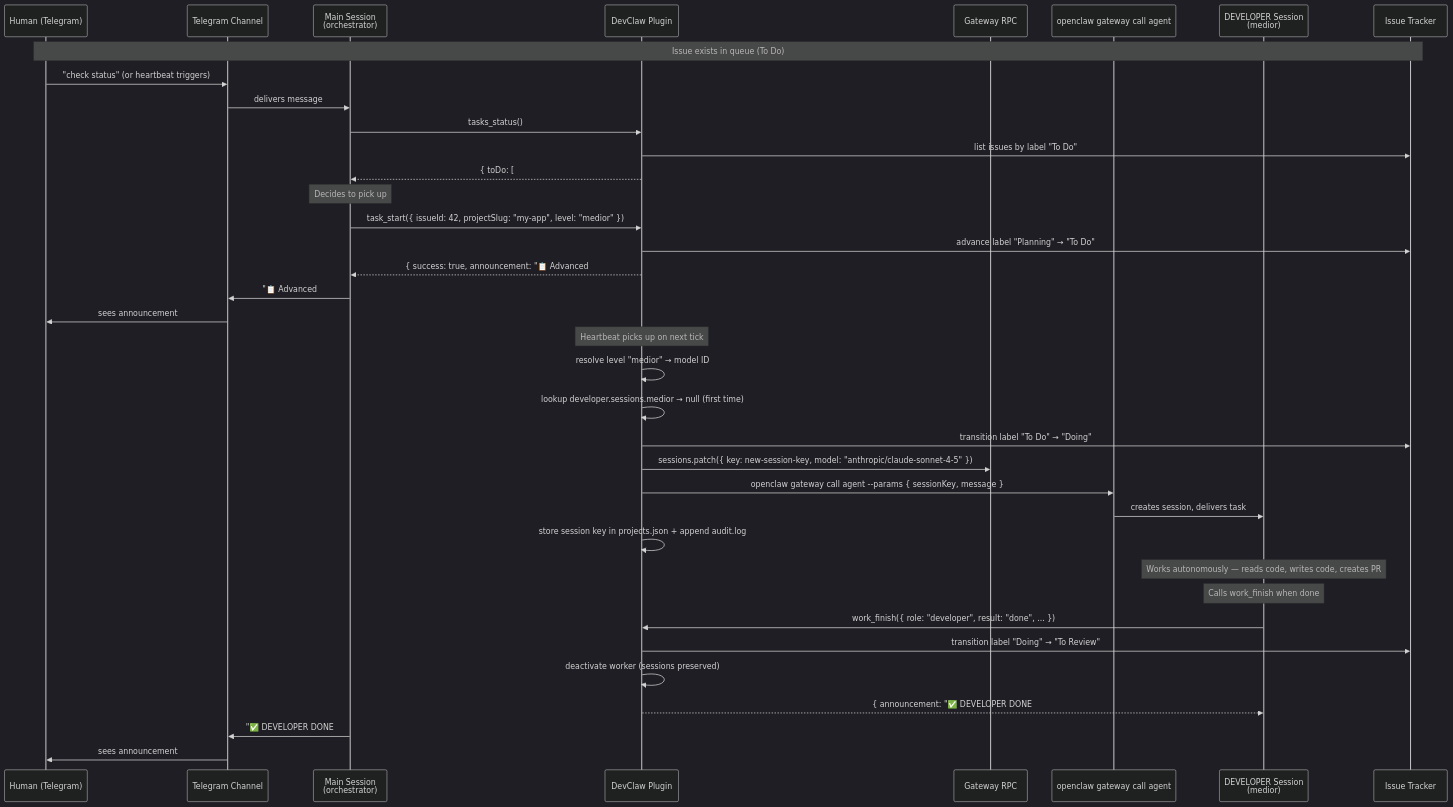
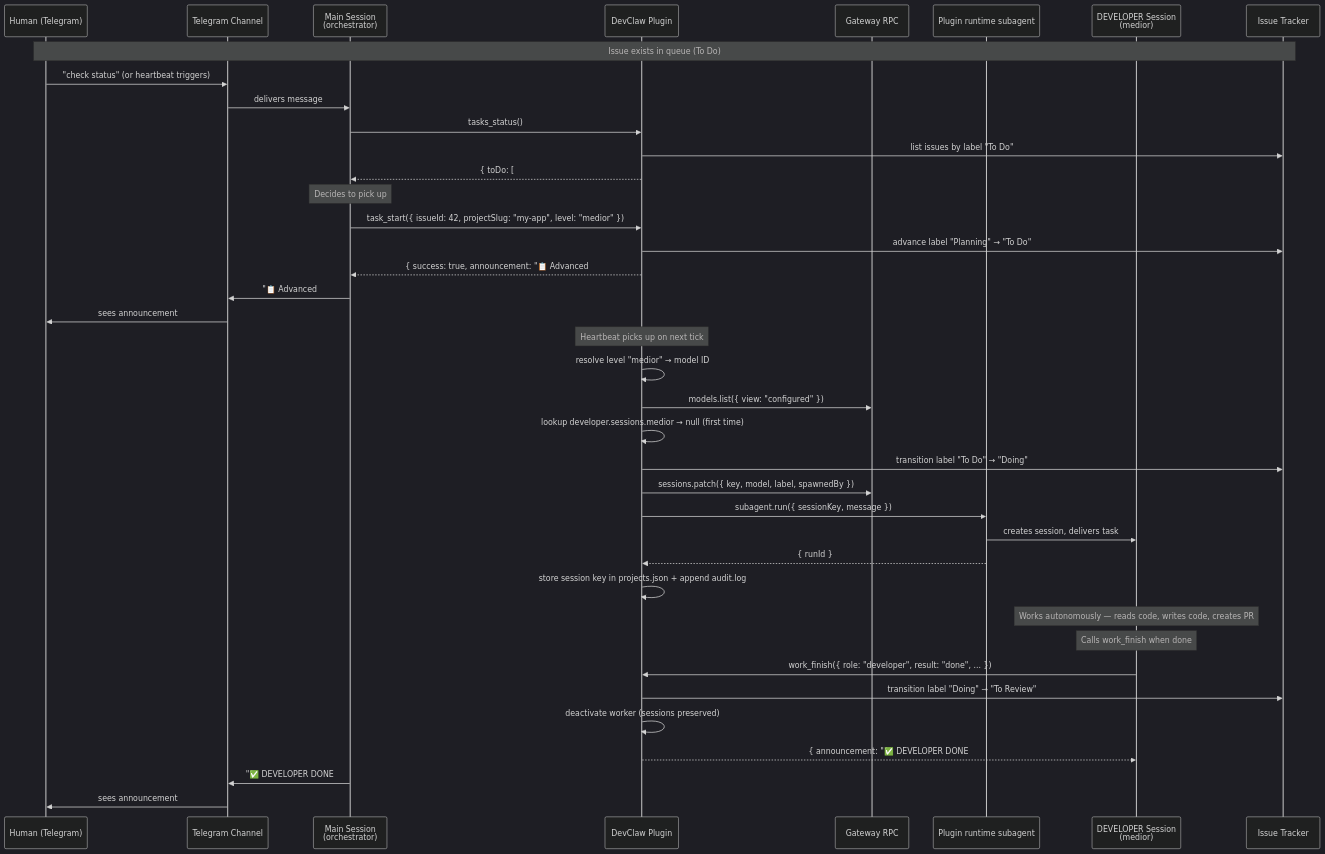
The fourth of 13 diagrams in docs/ARCHITECTURE.md (yaqub0r/devclaw), drawn with Mermaid (dark theme) before and after one commit. The commit also changed other lines of this file and 11 other files, not shown here.

````diff
--- a/docs/ARCHITECTURE.md
+++ b/docs/ARCHITECTURE.md
@@ -228,48 +227,50 @@
 ```mermaid
 sequenceDiagram
     participant H as Human (Telegram)
     participant TG as Telegram Channel
     participant MS as Main Session<br/>(orchestrator)
     participant DC as DevClaw Plugin
     participant GW as Gateway RPC
-    participant CLI as openclaw gateway call agent
+    participant SUB as Plugin runtime subagent
     participant DEV as DEVELOPER Session<br/>(medior)
     participant GL as Issue Tracker
 
     Note over H,GL: Issue exists in queue (To Do)
 
     H->>TG: "check status" (or heartbeat triggers)
     TG->>MS: delivers message
     MS->>DC: tasks_status()
     DC->>GL: list issues by label "To Do"
     DC-->>MS: { toDo: [#42], developer: idle }
 
     Note over MS: Decides to pick up #42 for DEVELOPER as medior
 
     MS->>DC: task_start({ issueId: 42, projectSlug: "my-app", level: "medior" })
     DC->>GL: advance label "Planning" → "To Do"
     DC-->>MS: { success: true, announcement: "📋 Advanced #42 to queue" }
 
     MS->>TG: "📋 Advanced #42 to queue (medior)"
     TG->>H: sees announcement
 
     Note over DC: Heartbeat picks up on next tick
     DC->>DC: resolve level "medior" → model ID
+    DC->>GW: models.list({ view: "configured" })
     DC->>DC: lookup developer.sessions.medior → null (first time)
     DC->>GL: transition label "To Do" → "Doing"
-    DC->>GW: sessions.patch({ key: new-session-key, model: "anthropic/claude-sonnet-4-5" })
-    DC->>CLI: openclaw gateway call agent --params { sessionKey, message }
-    CLI->>DEV: creates session, delivers task
+    DC->>GW: sessions.patch({ key, model, label, spawnedBy })
+    DC->>SUB: subagent.run({ sessionKey, message })
+    SUB->>DEV: creates session, delivers task
+    SUB-->>DC: { runId }
     DC->>DC: store session key in projects.json + append audit.log
 
     Note over DEV: Works autonomously — reads code, writes code, creates PR
     Note over DEV: Calls work_finish when done
 
     DEV->>DC: work_finish({ role: "developer", result: "done", ... })
     DC->>GL: transition label "Doing" → "To Review"
     DC->>DC: deactivate worker (sessions preserved)
     DC-->>DEV: { announcement: "✅ DEVELOPER DONE #42" }
 
     MS->>TG: "✅ DEVELOPER DONE #42 — moved to review queue"
     TG->>H: sees announcement
 ```
````
